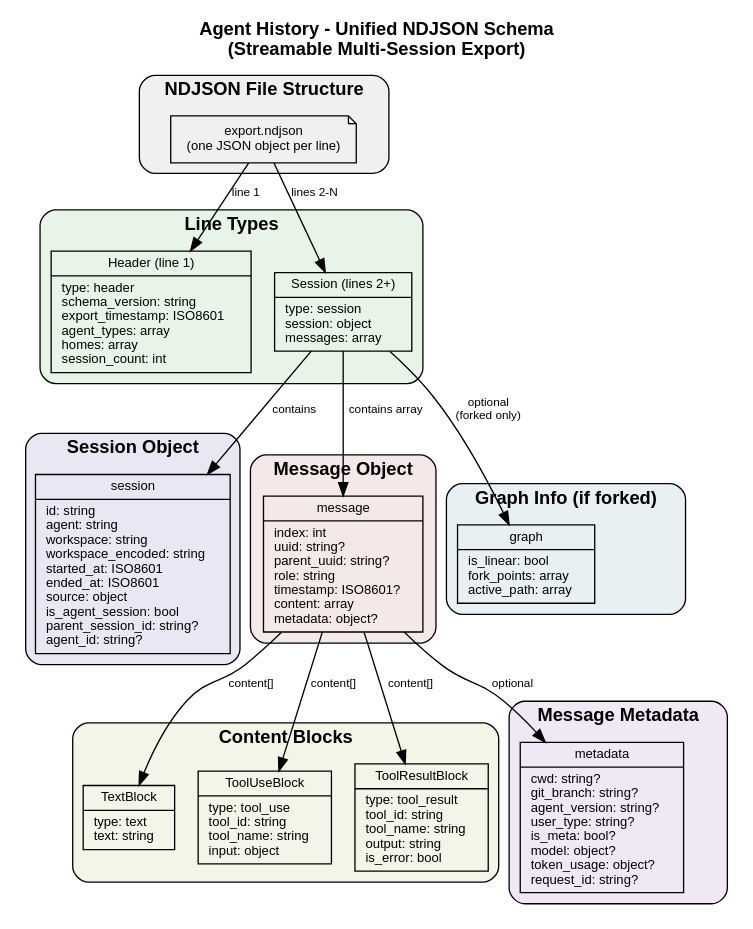
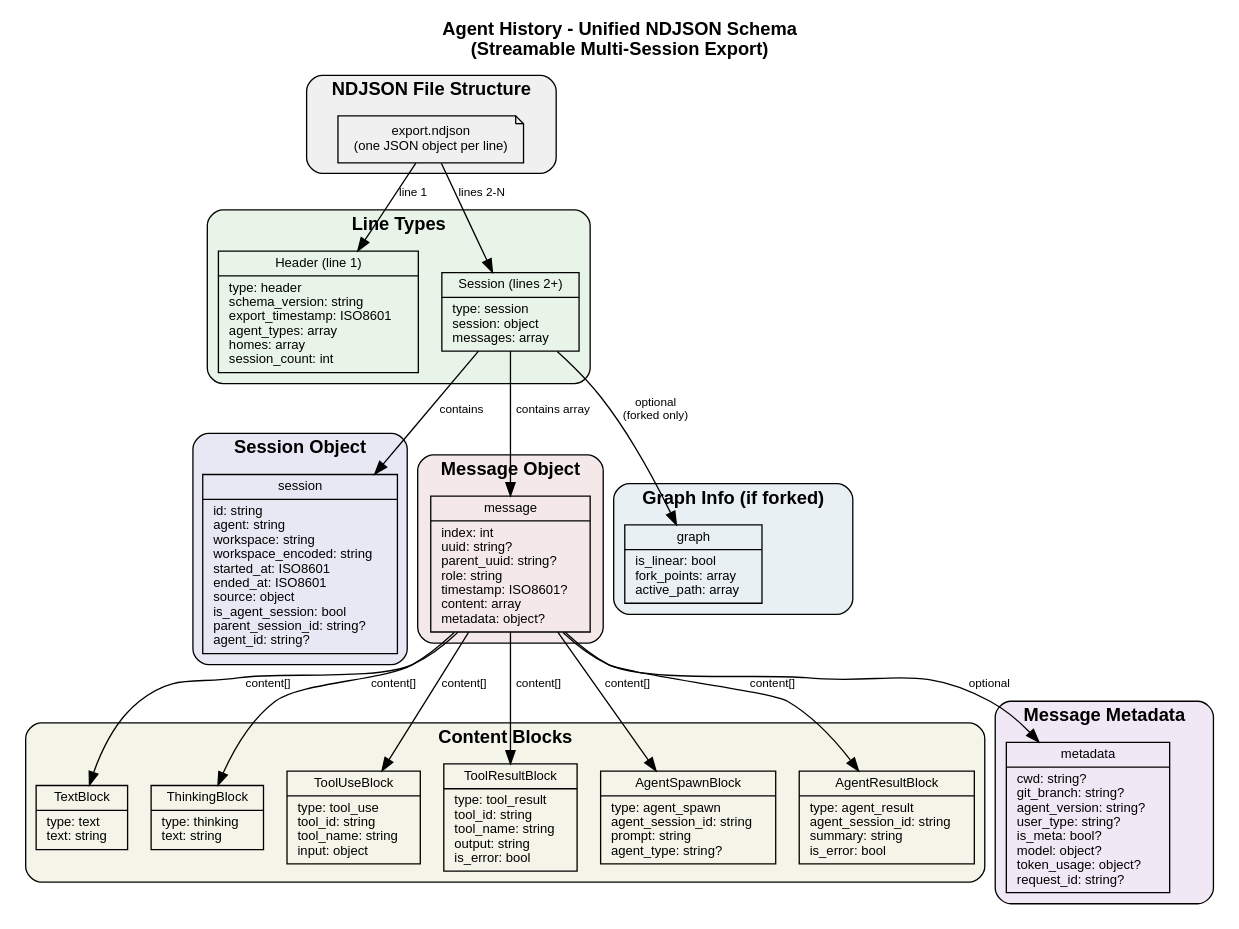
The diagram in docs/unified_json_schema.dot (kvsankar/agent-history), drawn with Graphviz before and after one commit. The commit also changed 2 other files, not shown here.

Commit message:
docs: add thinking and agent blocks to schema
Separate orthogonal concepts:
- Tools: LLM calls external capabilities (Bash, Read, etc.)
- Sub-agents: Separate LLM sessions for subtasks

New content block types:
- thinking: Reasoning trace (agent-agnostic)
- agent_spawn: Creates sub-agent session
- agent_result: Output from sub-agent

Updated sample to show all block types.
Updated diagram with new blocks.

🤖 Generated with [Claude Code](https://claude.com/claude-code)

```diff
--- a/docs/unified_json_schema.dot
+++ b/docs/unified_json_schema.dot
@@ -1,94 +1,103 @@
 // Unified JSON Schema for Agent History
 // Render with: dot -Tpng unified_json_schema.dot -o unified_json_schema.png
 
 digraph UnifiedSchema {
     rankdir=TB;
     node [shape=record, fontname="Helvetica", fontsize=10];
     edge [fontname="Helvetica", fontsize=9];
 
     // Title
     labelloc="t";
     label="Agent History - Unified NDJSON Schema\n(Streamable Multi-Session Export)";
     fontsize=14;
     fontname="Helvetica-Bold";
 
     // File structure
     subgraph cluster_file {
         label="NDJSON File Structure";
         style=rounded;
         bgcolor="#f0f0f0";
 
         file [shape=note, label="export.ndjson\n(one JSON object per line)"];
     }
 
     // Line types
     subgraph cluster_lines {
         label="Line Types";
         style=rounded;
         bgcolor="#e8f4e8";
 
         header [label="{Header (line 1)|type: header\lschema_version: string\lexport_timestamp: ISO8601\lagent_types: array\lhomes: array\lsession_count: int\l}"];
 
         session [label="{Session (lines 2+)|type: session\lsession: object\lmessages: array\l}"];
     }
 
     // Session object
     subgraph cluster_session {
         label="Session Object";
         style=rounded;
         bgcolor="#e8e8f4";
 
         session_obj [label="{session|id: string\lagent: string\lworkspace: string\lworkspace_encoded: string\lstarted_at: ISO8601\lended_at: ISO8601\lsource: object\lis_agent_session: bool\lparent_session_id: string?\lagent_id: string?\l}"];
     }
 
     // Message object
     subgraph cluster_message {
         label="Message Object";
         style=rounded;
         bgcolor="#f4e8e8";
 
         message [label="{message|index: int\luuid: string?\lparent_uuid: string?\lrole: string\ltimestamp: ISO8601?\lcontent: array\lmetadata: object?\l}"];
     }
 
     // Content blocks
     subgraph cluster_content {
         label="Content Blocks";
         style=rounded;
         bgcolor="#f4f4e8";
 
         text_block [label="{TextBlock|type: text\ltext: string\l}"];
 
+        thinking_block [label="{ThinkingBlock|type: thinking\ltext: string\l}"];
+
         tool_use [label="{ToolUseBlock|type: tool_use\ltool_id: string\ltool_name: string\linput: object\l}"];
 
         tool_result [label="{ToolResultBlock|type: tool_result\ltool_id: string\ltool_name: string\loutput: string\lis_error: bool\l}"];
+
+        agent_spawn [label="{AgentSpawnBlock|type: agent_spawn\lagent_session_id: string\lprompt: string\lagent_type: string?\l}"];
+
+        agent_result [label="{AgentResultBlock|type: agent_result\lagent_session_id: string\lsummary: string\lis_error: bool\l}"];
     }
 
     // Metadata
     subgraph cluster_metadata {
         label="Message Metadata";
         style=rounded;
         bgcolor="#f0e8f4";
 
         metadata [label="{metadata|cwd: string?\lgit_branch: string?\lagent_version: string?\luser_type: string?\lis_meta: bool?\lmodel: object?\ltoken_usage: object?\lrequest_id: string?\l}"];
     }
 
     // Graph info (optional)
     subgraph cluster_graph {
         label="Graph Info (if forked)";
         style=rounded;
         bgcolor="#e8f0f4";
 
         graph_info [label="{graph|is_linear: bool\lfork_points: array\lactive_path: array\l}"];
     }
 
     // Relationships
     file -> header [label="line 1"];
     file -> session [label="lines 2-N"];
     session -> session_obj [label="contains"];
     session -> message [label="contains array"];
     message -> text_block [label="content[]"];
+    message -> thinking_block [label="content[]"];
     message -> tool_use [label="content[]"];
     message -> tool_result [label="content[]"];
+    message -> agent_spawn [label="content[]"];
+    message -> agent_result [label="content[]"];
     message -> metadata [label="optional"];
     session -> graph_info [label="optional\n(forked only)"];
 }
```
